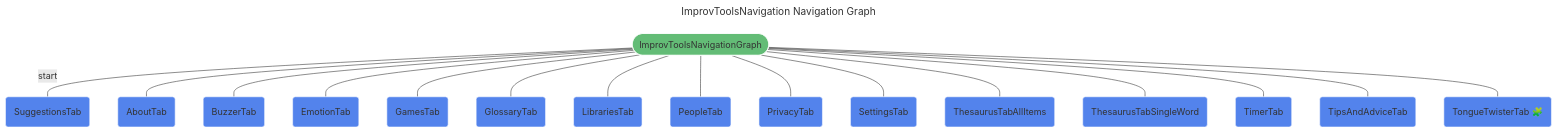
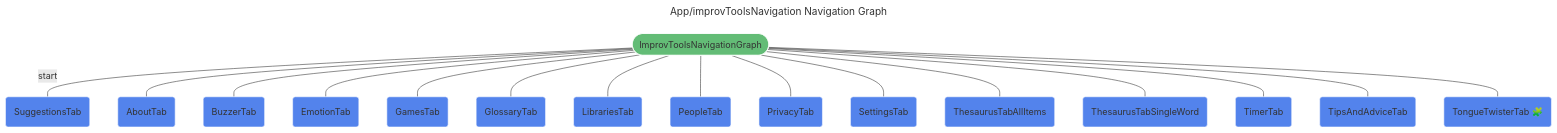
One commit to brokenkernel/improvtools changed the diagram in docs/static/ImprovToolsNavigationNavGraph.mmd. Above: the diagram before and after it, drawn with Mermaid. The commit also changed 17 other files, not shown here.

```diff
--- a/docs/static/ImprovToolsNavigationNavGraph.mmd
+++ b/docs/static/ImprovToolsNavigationNavGraph.mmd
@@ -1,26 +1,26 @@
 ---
-title: ImprovToolsNavigation Navigation Graph
+title: App/improvToolsNavigation Navigation Graph
 ---
 %%{init: {'theme':'base', 'themeVariables': { 'primaryTextColor': '#fff' }}%%
 graph TD
-improv_tools_navigation(["ImprovToolsNavigationGraph"]) -- "start" --- suggestions_tab("SuggestionsTab")
-improv_tools_navigation(["ImprovToolsNavigationGraph"]) --- about_tab("AboutTab")
-improv_tools_navigation(["ImprovToolsNavigationGraph"]) --- buzzer_tab("BuzzerTab")
-improv_tools_navigation(["ImprovToolsNavigationGraph"]) --- emotion_tab("EmotionTab")
-improv_tools_navigation(["ImprovToolsNavigationGraph"]) --- games_tab("GamesTab")
-improv_tools_navigation(["ImprovToolsNavigationGraph"]) --- glossary_tab("GlossaryTab")
-improv_tools_navigation(["ImprovToolsNavigationGraph"]) --- libraries_tab("LibrariesTab")
-improv_tools_navigation(["ImprovToolsNavigationGraph"]) --- people_tab("PeopleTab")
-improv_tools_navigation(["ImprovToolsNavigationGraph"]) --- privacy_tab("PrivacyTab")
-improv_tools_navigation(["ImprovToolsNavigationGraph"]) --- settings_tab("SettingsTab")
-improv_tools_navigation(["ImprovToolsNavigationGraph"]) --- thesaurus_tab_all_items("ThesaurusTabAllItems")
-improv_tools_navigation(["ImprovToolsNavigationGraph"]) --- thesaurus_tab_single_word("ThesaurusTabSingleWord")
-improv_tools_navigation(["ImprovToolsNavigationGraph"]) --- timer_tab("TimerTab")
-improv_tools_navigation(["ImprovToolsNavigationGraph"]) --- tips_and_advice_tab("TipsAndAdviceTab")
-improv_tools_navigation(["ImprovToolsNavigationGraph"]) --- tongue_twister_tab_destination("TongueTwisterTab 🧩")
+app/improv_tools_navigation(["ImprovToolsNavigationGraph"]) -- "start" --- app/suggestions_tab("SuggestionsTab")
+app/improv_tools_navigation(["ImprovToolsNavigationGraph"]) --- app/about_tab("AboutTab")
+app/improv_tools_navigation(["ImprovToolsNavigationGraph"]) --- app/buzzer_tab("BuzzerTab")
+app/improv_tools_navigation(["ImprovToolsNavigationGraph"]) --- app/emotion_tab("EmotionTab")
+app/improv_tools_navigation(["ImprovToolsNavigationGraph"]) --- app/games_tab("GamesTab")
+app/improv_tools_navigation(["ImprovToolsNavigationGraph"]) --- app/glossary_tab("GlossaryTab")
+app/improv_tools_navigation(["ImprovToolsNavigationGraph"]) --- app/libraries_tab("LibrariesTab")
+app/improv_tools_navigation(["ImprovToolsNavigationGraph"]) --- app/people_tab("PeopleTab")
+app/improv_tools_navigation(["ImprovToolsNavigationGraph"]) --- app/privacy_tab("PrivacyTab")
+app/improv_tools_navigation(["ImprovToolsNavigationGraph"]) --- app/settings_tab("SettingsTab")
+app/improv_tools_navigation(["ImprovToolsNavigationGraph"]) --- app/thesaurus_tab_all_items("ThesaurusTabAllItems")
+app/improv_tools_navigation(["ImprovToolsNavigationGraph"]) --- app/thesaurus_tab_single_word("ThesaurusTabSingleWord")
+app/improv_tools_navigation(["ImprovToolsNavigationGraph"]) --- app/timer_tab("TimerTab")
+app/improv_tools_navigation(["ImprovToolsNavigationGraph"]) --- app/tips_and_advice_tab("TipsAndAdviceTab")
+app/improv_tools_navigation(["ImprovToolsNavigationGraph"]) --- tongue_twister_tab_destination("TongueTwisterTab 🧩")
 
 
 classDef destination fill:#5383EC,stroke:#ffffff;
-class about_tab,buzzer_tab,emotion_tab,games_tab,glossary_tab,libraries_tab,people_tab,privacy_tab,settings_tab,suggestions_tab,thesaurus_tab_all_items,thesaurus_tab_single_word,timer_tab,tips_and_advice_tab,tongue_twister_tab_destination destination;
+class app/about_tab,app/buzzer_tab,app/emotion_tab,app/games_tab,app/glossary_tab,app/libraries_tab,app/people_tab,app/privacy_tab,app/settings_tab,app/suggestions_tab,app/thesaurus_tab_all_items,app/thesaurus_tab_single_word,app/timer_tab,app/tips_and_advice_tab,tongue_twister_tab_destination destination;
 classDef navgraph fill:#63BC76,stroke:#ffffff;
-class improv_tools_navigation navgraph;
+class app/improv_tools_navigation navgraph;
```
